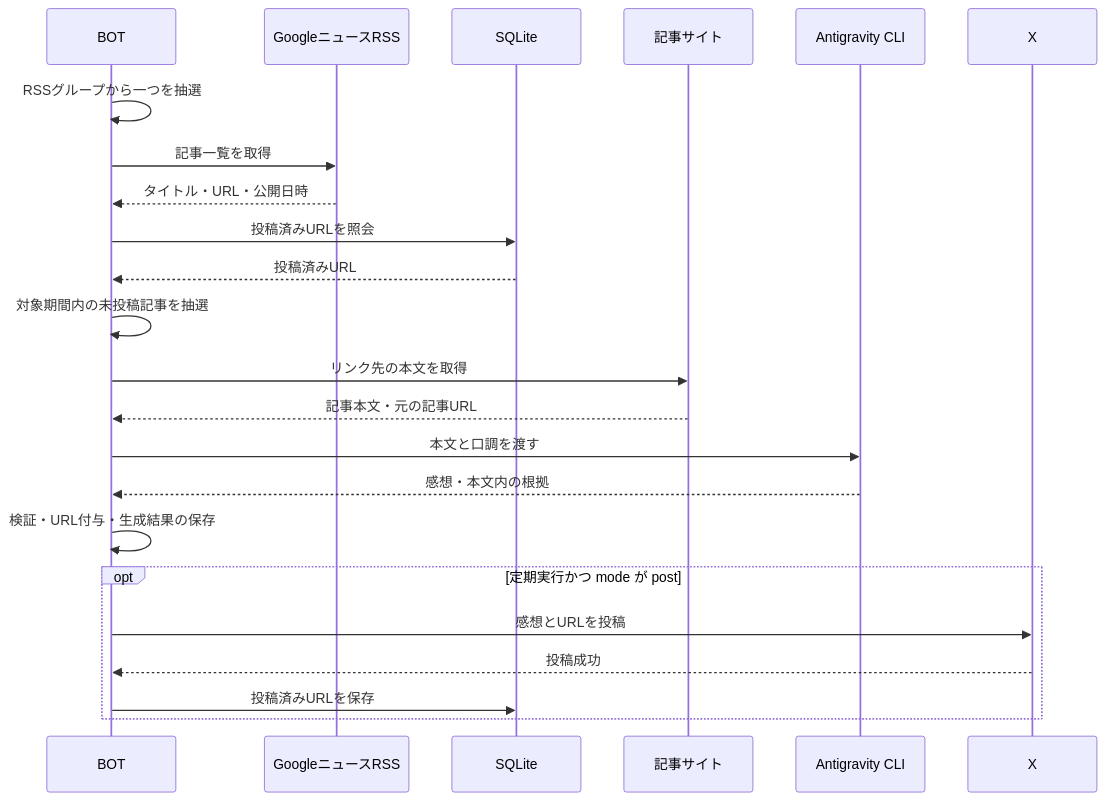
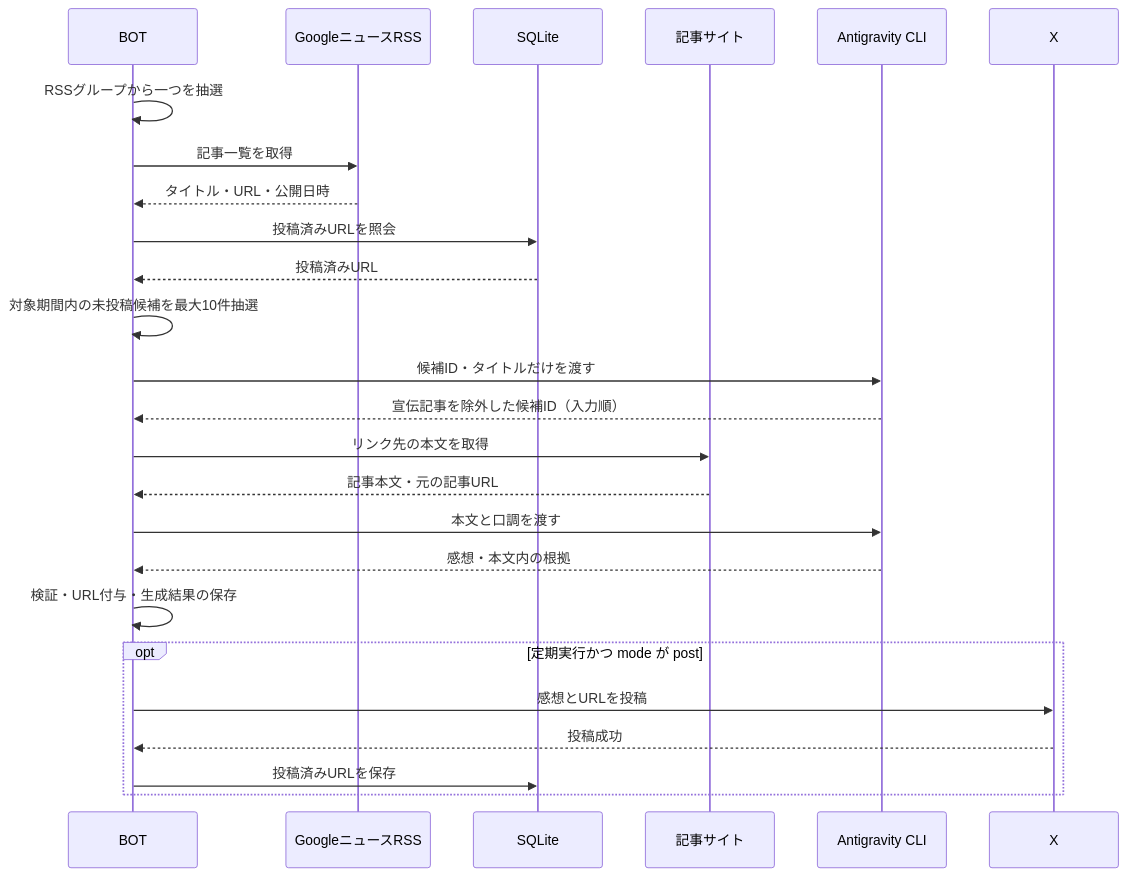
The diagram in README.md (sheet00/shatotan-bot), drawn with Mermaid before and after one commit. The commit also changed other lines of this file and 9 other files, not shown here.

````diff
--- a/README.md
+++ b/README.md
@@ -75,26 +76,28 @@
 ```mermaid
 sequenceDiagram
     participant Bot as BOT
     participant RSS as GoogleニュースRSS
     participant DB as SQLite
     participant Site as 記事サイト
     participant AI as Antigravity CLI
     participant X as X
 
     Bot->>Bot: RSSグループから一つを抽選
     Bot->>RSS: 記事一覧を取得
     RSS-->>Bot: タイトル・URL・公開日時
     Bot->>DB: 投稿済みURLを照会
     DB-->>Bot: 投稿済みURL
-    Bot->>Bot: 対象期間内の未投稿記事を抽選
+    Bot->>Bot: 対象期間内の未投稿候補を最大10件抽選
+    Bot->>AI: 候補ID・タイトルだけを渡す
+    AI-->>Bot: 宣伝記事を除外した候補ID（入力順）
     Bot->>Site: リンク先の本文を取得
     Site-->>Bot: 記事本文・元の記事URL
     Bot->>AI: 本文と口調を渡す
     AI-->>Bot: 感想・本文内の根拠
     Bot->>Bot: 検証・URL付与・生成結果の保存
     opt 定期実行かつ mode が post
         Bot->>X: 感想とURLを投稿
         X-->>Bot: 投稿成功
         Bot->>DB: 投稿済みURLを保存
     end
 ```
````
